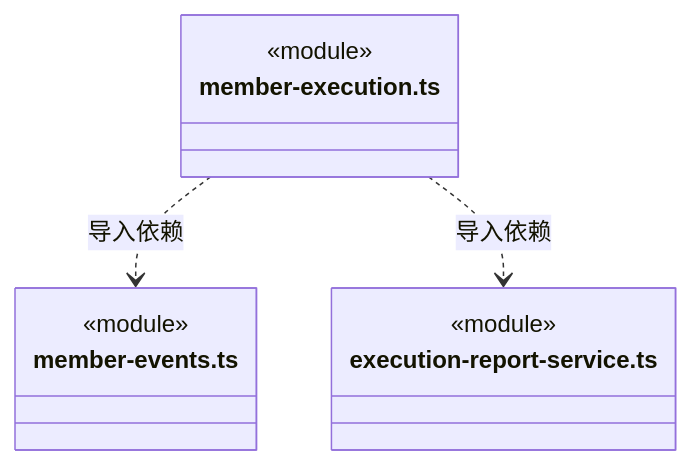
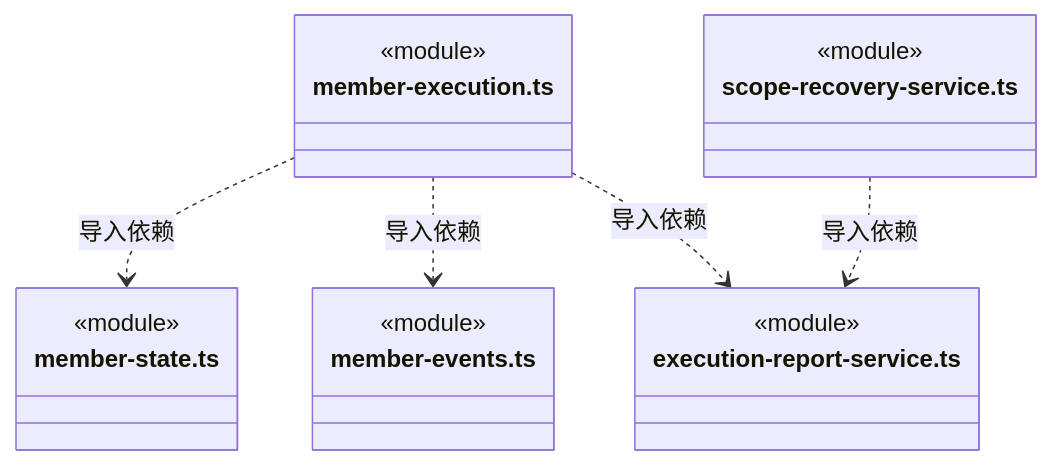
Diagram 32 of 36 in src/backend/scheduler-engine/execution/ARCHITECTURE.md (nan023062/cbim), drawn with Mermaid before and after one commit. The commit also changed other lines of this file and 65 other files, not shown here.

````diff
--- a/src/backend/scheduler-engine/execution/ARCHITECTURE.md
+++ b/src/backend/scheduler-engine/execution/ARCHITECTURE.md
@@ -792,14 +865,22 @@
 ```mermaid
 classDiagram
 class N_src_backend_scheduler_engine_execution_member_execution_ts["member-execution.ts"] {
+  <<module>>
+}
+class N_src_backend_scheduler_engine_execution_member_state_ts["member-state.ts"] {
   <<module>>
 }
 class N_src_backend_scheduler_engine_execution_member_events_ts["member-events.ts"] {
   <<module>>
 }
 class N_src_backend_scheduler_engine_execution_execution_report_service_ts["execution-report-service.ts"] {
   <<module>>
 }
+class N_src_backend_scheduler_engine_execution_scope_recovery_service_ts["scope-recovery-service.ts"] {
+  <<module>>
+}
+N_src_backend_scheduler_engine_execution_member_execution_ts ..> N_src_backend_scheduler_engine_execution_member_state_ts : 导入依赖
 N_src_backend_scheduler_engine_execution_member_execution_ts ..> N_src_backend_scheduler_engine_execution_member_events_ts : 导入依赖
 N_src_backend_scheduler_engine_execution_member_execution_ts ..> N_src_backend_scheduler_engine_execution_execution_report_service_ts : 导入依赖
+N_src_backend_scheduler_engine_execution_scope_recovery_service_ts ..> N_src_backend_scheduler_engine_execution_execution_report_service_ts : 导入依赖
 ```
````
